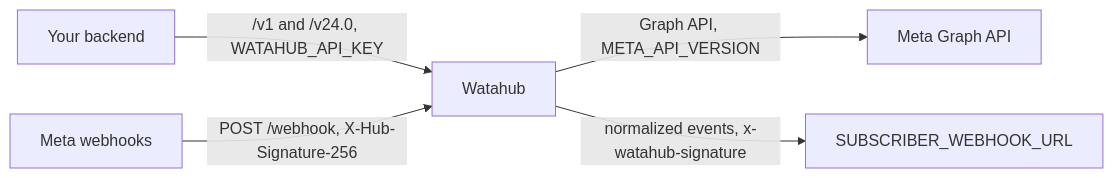
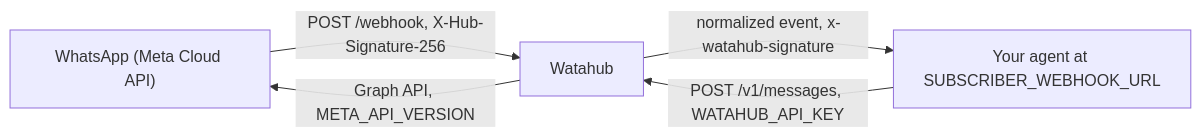
One commit to Hub-Ventures/watahub changed the diagram in README.md. Above: the diagram before and after it, drawn with Mermaid. The commit also changed other lines of this file, not shown here.

First line of the commit message:
docs(readme): position the core as the engine of the hub for WhatsApp agents (#63)

````diff
--- a/README.md
+++ b/README.md
@@ -17,7 +35,7 @@
 ```mermaid
 flowchart LR
-  backend["Your backend"] -->|"/v1 and /v24.0, WATAHUB_API_KEY"| gateway["Watahub"]
-  gateway -->|"Graph API, META_API_VERSION"| metaGraph["Meta Graph API"]
-  meta["Meta webhooks"] -->|"POST /webhook, X-Hub-Signature-256"| gateway
-  gateway -->|"normalized events, x-watahub-signature"| subscriber["SUBSCRIBER_WEBHOOK_URL"]
+  whatsapp["WhatsApp (Meta Cloud API)"] -->|"POST /webhook, X-Hub-Signature-256"| gateway["Watahub"]
+  gateway -->|"normalized event, x-watahub-signature"| agent["Your agent at SUBSCRIBER_WEBHOOK_URL"]
+  agent -->|"POST /v1/messages, WATAHUB_API_KEY"| gateway
+  gateway -->|"Graph API, META_API_VERSION"| whatsapp
 ```
````
